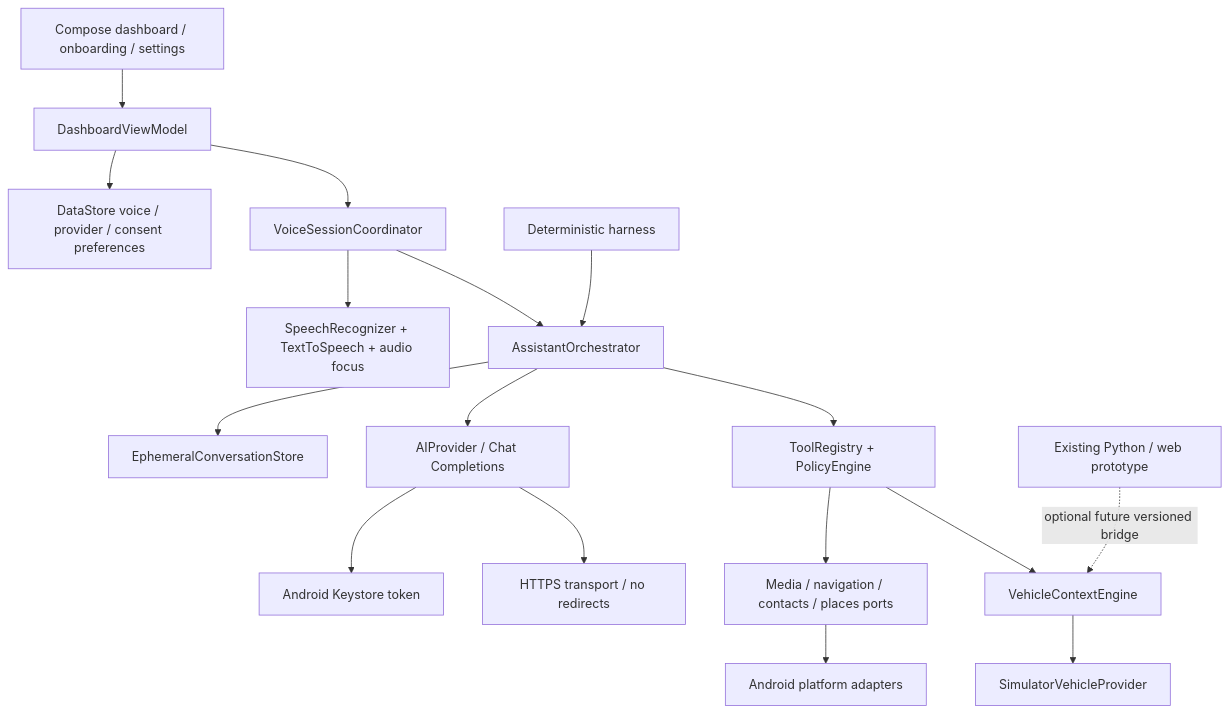
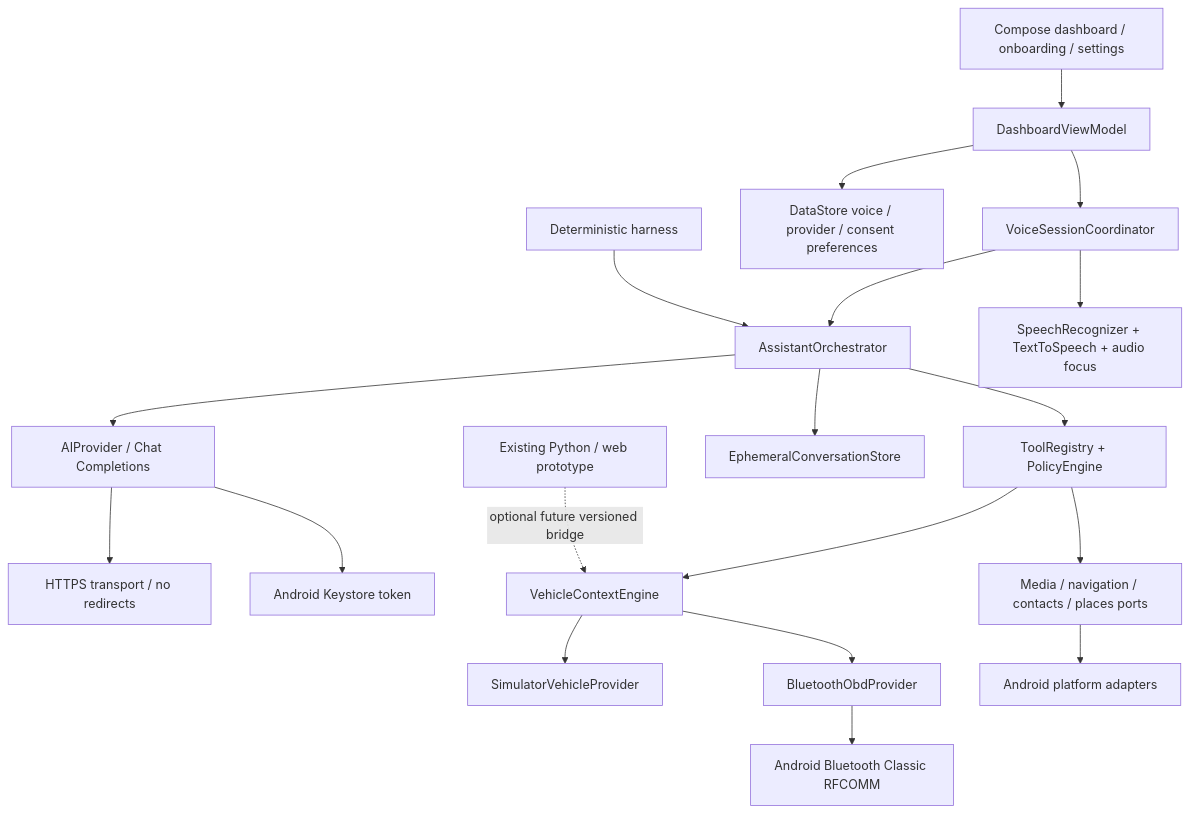
Before and after one commit to AlmanInDaHouse/CopilotDrive-AI: the diagram in docs/ARCHITECTURE_V1.md, drawn with Mermaid. The commit also changed 12 other files, not shown here.

````diff
--- a/docs/ARCHITECTURE_V1.md
+++ b/docs/ARCHITECTURE_V1.md
@@ -5,19 +5,21 @@
 ```mermaid
 flowchart TD
  UI[Compose dashboard / onboarding / settings] --> VM[DashboardViewModel]
  VM --> Voice[VoiceSessionCoordinator]
  Voice --> Orchestrator[AssistantOrchestrator]
  Orchestrator --> Registry[ToolRegistry + PolicyEngine]
  Orchestrator --> AI[AIProvider / Chat Completions]
  AI --> HTTP[HTTPS transport / no redirects]
  AI --> Secret[Android Keystore token]
  Orchestrator --> Memory[EphemeralConversationStore]
  Registry --> Context[VehicleContextEngine]
  Registry --> Ports[Media / navigation / contacts / places ports]
  Context --> Sim[SimulatorVehicleProvider]
+ Context --> OBD[BluetoothObdProvider]
+ OBD --> RFCOMM[Android Bluetooth Classic RFCOMM]
  Ports --> Android[Android platform adapters]
  Voice --> Speech[SpeechRecognizer + TextToSpeech + audio focus]
  VM --> Prefs[DataStore voice / provider / consent preferences]
  Tests[Deterministic harness] --> Orchestrator
  Python[Existing Python / web prototype] -. optional future versioned bridge .-> Context
 ```
````
